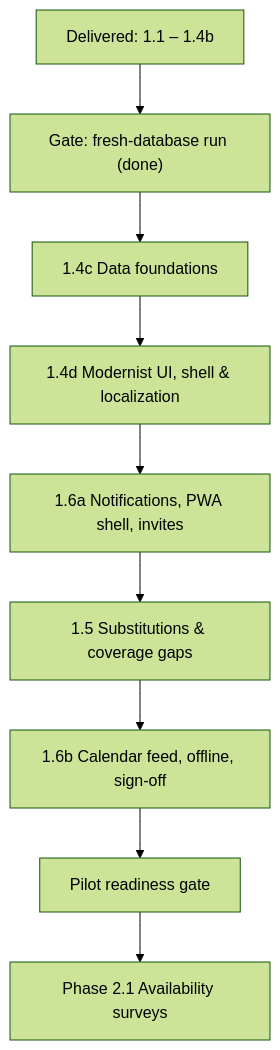
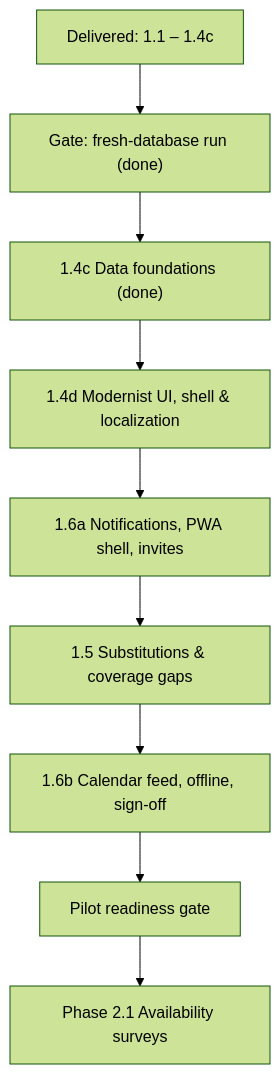
One commit to pratyuksh/pocket-coach changed the diagram in pocket-coach-wiki/wiki/codebase/implementation-plan.md. Above: the diagram before and after it, drawn with Mermaid (forest theme). The commit also changed other lines of this file and 36 other files, not shown here.

````diff
--- a/pocket-coach-wiki/wiki/codebase/implementation-plan.md
+++ b/pocket-coach-wiki/wiki/codebase/implementation-plan.md
@@ -44,11 +44,11 @@
 ```mermaid
 flowchart TD
-    DONE["Delivered: 1.1 – 1.4b"] --> G["Gate: fresh-database run (done)"]
-    G --> S14C["1.4c Data foundations"]
+    DONE["Delivered: 1.1 – 1.4c"] --> G["Gate: fresh-database run (done)"]
+    G --> S14C["1.4c Data foundations (done)"]
     S14C --> S14D["1.4d Modernist UI, shell & localization"]
     S14D --> S16A["1.6a Notifications, PWA shell, invites"]
     S16A --> S15["1.5 Substitutions & coverage gaps"]
     S15 --> S16B["1.6b Calendar feed, offline, sign-off"]
     S16B --> PILOT["Pilot readiness gate"]
     PILOT --> P2["Phase 2.1 Availability surveys"]
 ```
````
